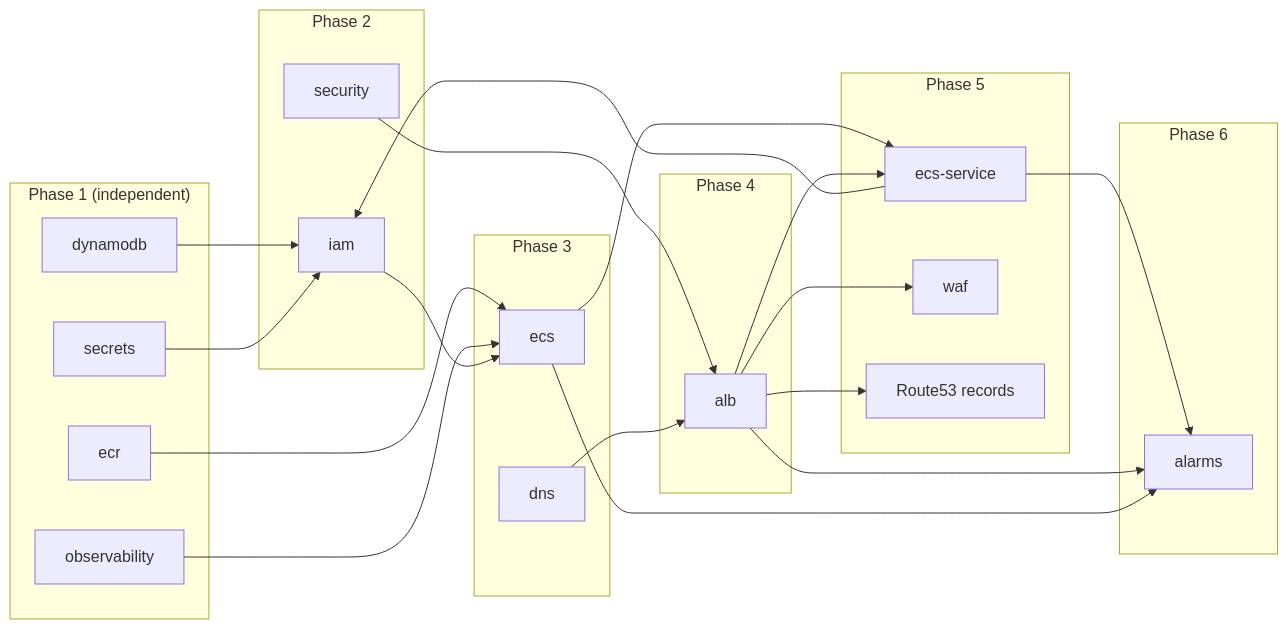
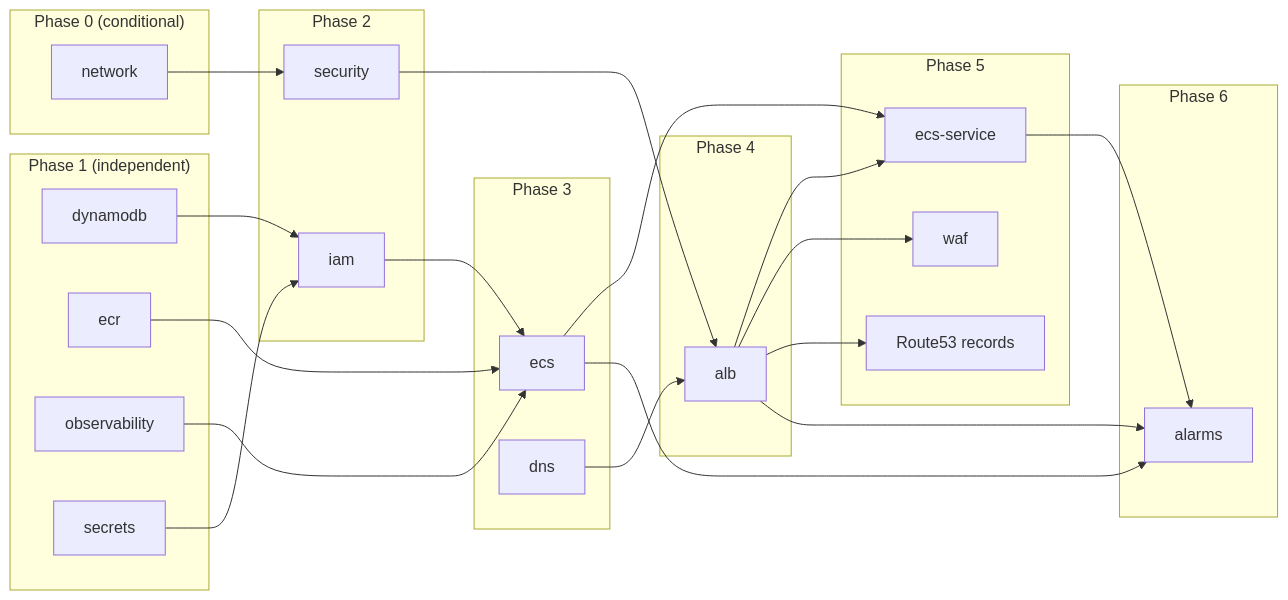
One commit to blundergoat/ambient-scribe changed the second of 2 diagrams in docs/infrastructure.md. Above: the diagram before and after it, drawn with Mermaid. The commit also changed other lines of this file and 40 other files, not shown here.

````diff
--- a/docs/infrastructure.md
+++ b/docs/infrastructure.md
@@ -214,49 +180,53 @@
 ```mermaid
 graph LR
+    subgraph Phase0["Phase 0 (conditional)"]
+        NET[network]
+    end
+
     subgraph Phase1["Phase 1 (independent)"]
         DDB[dynamodb]
         ECR2[ecr]
         OBS[observability]
         SEC2[secrets]
     end
 
     subgraph Phase2["Phase 2"]
         SECURITY[security]
         IAM[iam]
     end
 
     subgraph Phase3["Phase 3"]
         ECS2[ecs]
         DNS2[dns]
     end
 
     subgraph Phase4["Phase 4"]
         ALB2[alb]
     end
 
     subgraph Phase5["Phase 5"]
         SVC[ecs-service]
         WAF2[waf]
         R53_2[Route53 records]
     end
 
     subgraph Phase6["Phase 6"]
         ALARMS[alarms]
     end
 
+    NET --> SECURITY
     DDB --> IAM
     SEC2 --> IAM
     ECR2 --> ECS2
     OBS --> ECS2
     IAM --> ECS2
     SECURITY --> ALB2
     DNS2 --> ALB2
     ECS2 --> SVC
     ALB2 --> SVC
     ALB2 --> WAF2
     ALB2 --> R53_2
     SVC --> ALARMS
     ALB2 --> ALARMS
     ECS2 --> ALARMS
-    SVC --> IAM
 ```
````
